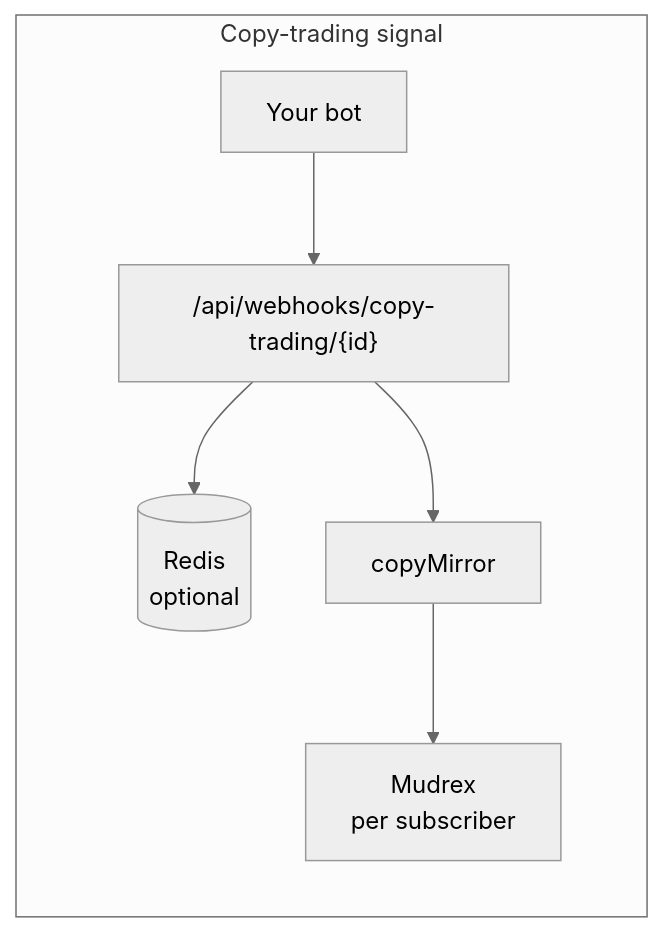
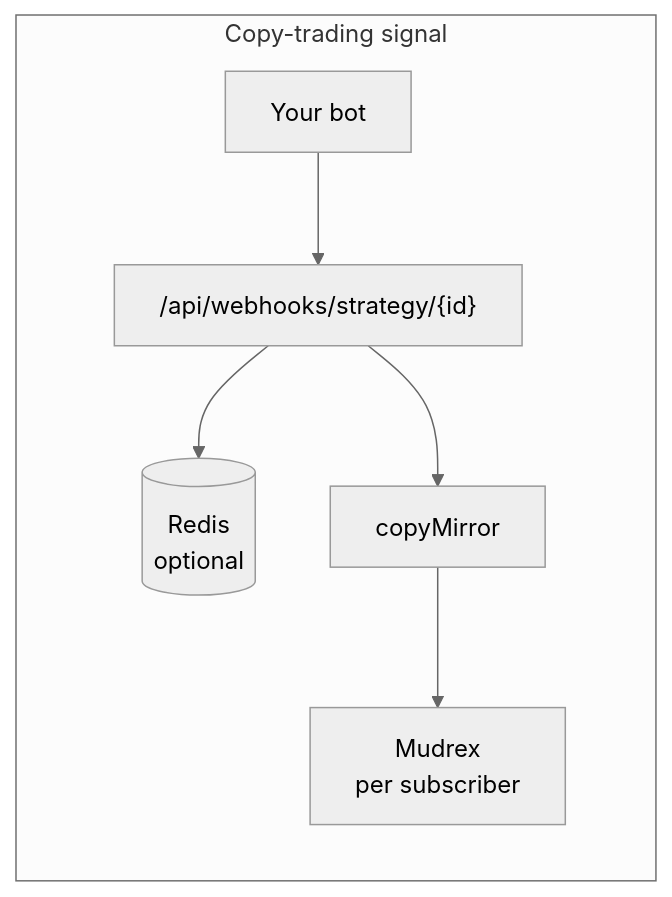
Before and after one commit to DecentralizedJM/RexAlgo: the second of 11 diagrams in README.md, drawn with Mermaid (neutral theme). The commit also changed other lines of this file and 15 other files, not shown here.

First line of the commit message:
feat(webhooks): canonical /api/webhooks/strategy path and studio UX

````diff
--- a/README.md
+++ b/README.md
@@ -244,14 +244,14 @@
 ```mermaid
 flowchart LR
   subgraph copy [Copy-trading signal]
     BOT[Your bot]
-    WH1["/api/webhooks/copy-trading/{id}"]
+    WH1["/api/webhooks/strategy/{id}"]
     RL1[(Redis\noptional)]
     CM[copyMirror]
     MR1[Mudrex\nper subscriber]
   end
   BOT --> WH1
   WH1 --> RL1
   WH1 --> CM
   CM --> MR1
 ```
````
